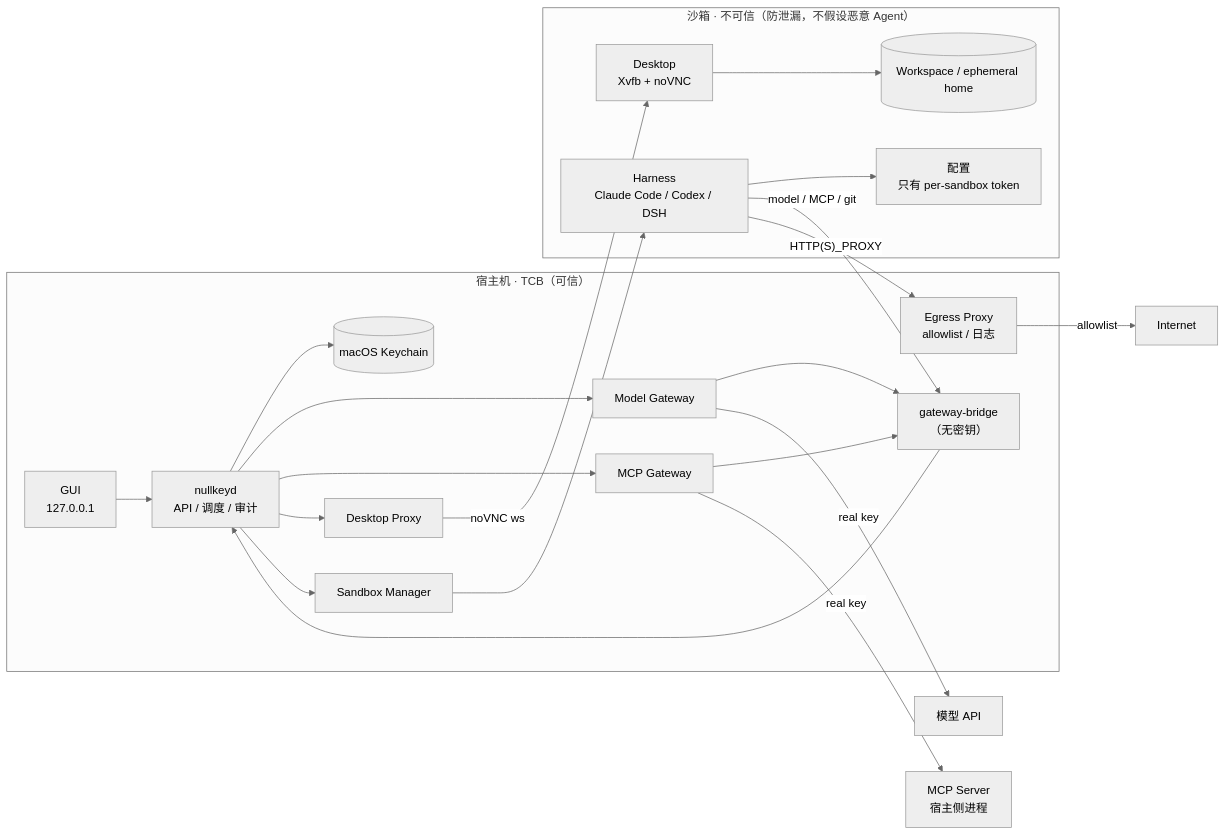
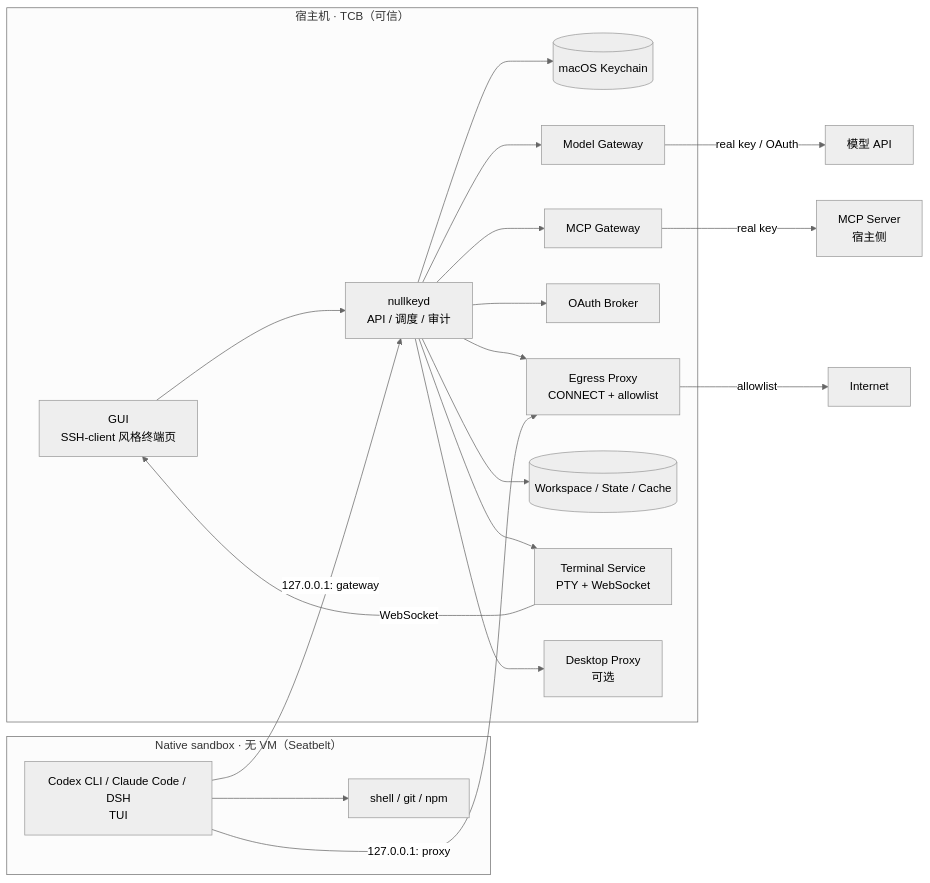
Before and after one commit to Mrjwj34/nullkey: the diagram in docs/02-architecture.md, drawn with Mermaid (neutral theme). The commit also changed other lines of this file and 11 other files, not shown here.

Commit message:
docs: native TUI runtime, OAuth broker, persistent state, API contract, SLO

````diff
--- a/docs/02-architecture.md
+++ b/docs/02-architecture.md
@@ -5,41 +5,38 @@
 ```mermaid
 flowchart LR
   subgraph HOST["宿主机 · TCB（可信）"]
-    GUI["GUI<br/>127.0.0.1"]
+    GUI["GUI<br/>SSH-client 风格终端页"]
     D["nullkeyd<br/>API / 调度 / 审计"]
     KC[("macOS Keychain")]
     MG["Model Gateway"]
     MCPG["MCP Gateway"]
-    DP["Desktop Proxy"]
-    SM["Sandbox Manager"]
-    BR["gateway-bridge<br/>（无密钥）"]
-    EP["Egress Proxy<br/>allowlist / 日志"]
+    OA["OAuth Broker"]
+    EP["Egress Proxy<br/>CONNECT + allowlist"]
+    ST[("Workspace / State / Cache")]
+    TS["Terminal Service<br/>PTY + WebSocket"]
+    DP["Desktop Proxy<br/>可选"]
 
     GUI --> D
     D --> KC
     D --> MG
     D --> MCPG
+    D --> OA
+    D --> EP
+    D --> ST
+    D --> TS
     D --> DP
-    D --> SM
-    MG --> BR
-    MCPG --> BR
-    BR --> D
   end
 
-  subgraph SBX["沙箱 · 不可信（防泄漏，不假设恶意 Agent）"]
-    H["Harness<br/>Claude Code / Codex / DSH"]
-    CFG["配置<br/>只有 per-sandbox token"]
-    DT["Desktop<br/>Xvfb + noVNC"]
-    WS[("Workspace / ephemeral home")]
-    H --> CFG
-    DT --> WS
+  subgraph SBX["Native sandbox · 无 VM（Seatbelt）"]
+    H["Codex CLI / Claude Code / DSH<br/>TUI"]
+    SH["shell / git / npm"]
+    H --> SH
   end
 
-  H -->|"model / MCP / git"| BR
-  H -->|"HTTP(S)_PROXY"| EP
+  H -->|"127.0.0.1: gateway"| D
+  H -->|"127.0.0.1: proxy"| EP
+  TS -->|"WebSocket"| GUI
+  MG -->|"real key / OAuth"| UP["模型 API"]
+  MCPG -->|"real key"| MS["MCP Server<br/>宿主侧"]
   EP -->|"allowlist"| NET["Internet"]
-  DP -->|"noVNC ws"| DT
-  SM --> H
-  MG -->|"real key"| UP["模型 API"]
-  MCPG -->|"real key"| MS["MCP Server<br/>宿主侧进程"]
 ```
````
